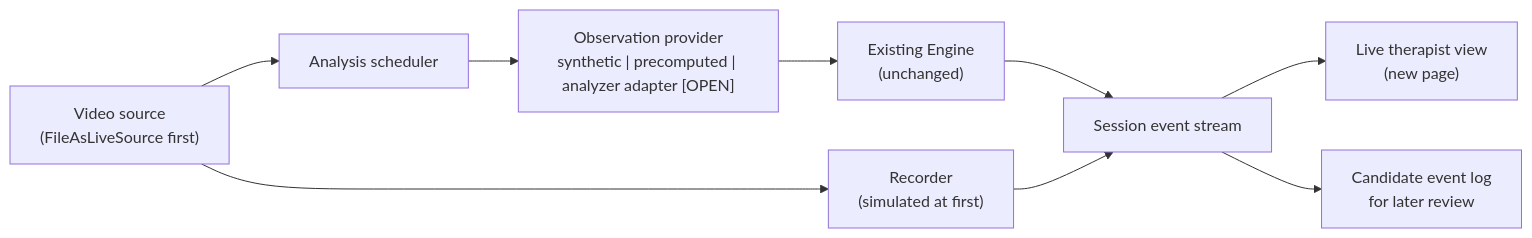
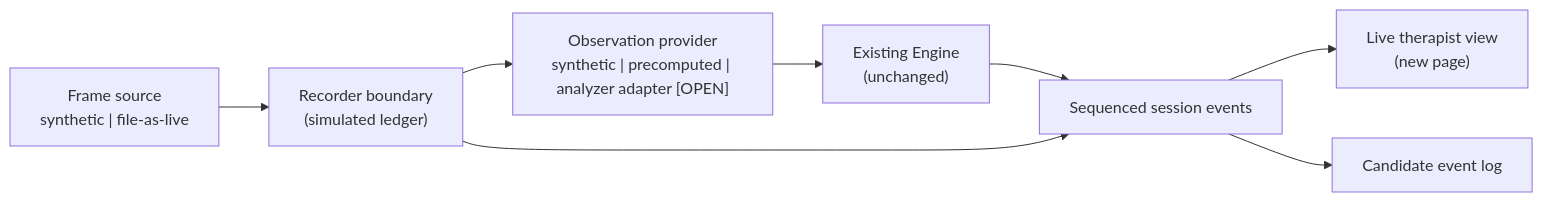
Before and after one commit to Salih2369/ABA-Project: the first of 2 diagrams in docs/live-session-design.md, drawn with Mermaid. The commit also changed other lines of this file, not shown here.

First line of the commit message:
docs: update live-session design with prototype findings

````diff
--- a/docs/live-session-design.md
+++ b/docs/live-session-design.md
@@ -52,11 +59,10 @@
 ```mermaid
 flowchart LR
-    SRC["Video source<br/>(FileAsLiveSource first)"] --> REC["Recorder<br/>(simulated at first)"]
-    SRC --> SCH["Analysis scheduler"]
-    SCH --> PROV["Observation provider<br/>synthetic | precomputed | analyzer adapter [OPEN]"]
+    SRC["Frame source<br/>synthetic | file-as-live"] --> REC["Recorder boundary<br/>(simulated ledger)"]
+    REC --> PROV["Observation provider<br/>synthetic | precomputed | analyzer adapter [OPEN]"]
     PROV --> ENG["Existing Engine<br/>(unchanged)"]
-    ENG --> BUS["Session event stream"]
+    ENG --> BUS["Sequenced session events"]
     REC --> BUS
     BUS --> UI["Live therapist view<br/>(new page)"]
-    BUS --> LOG["Candidate event log<br/>for later review"]
+    BUS --> LOG["Candidate event log"]
 ```
````
